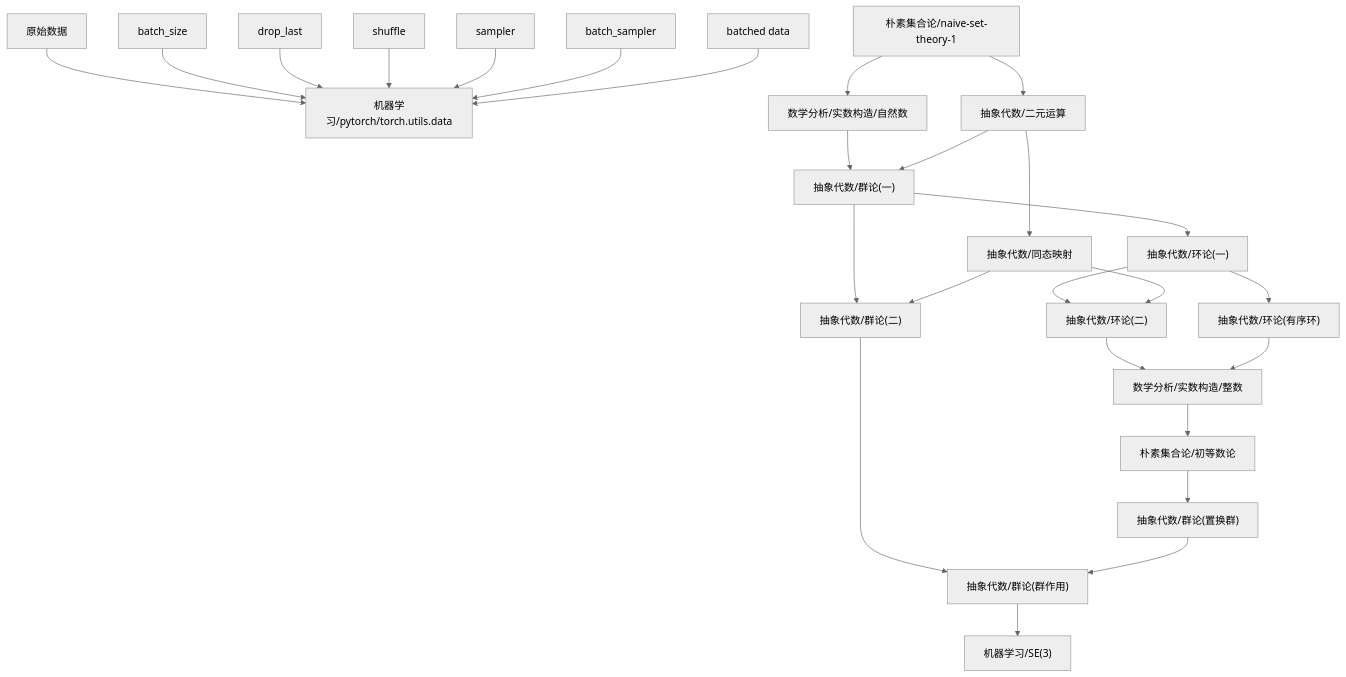
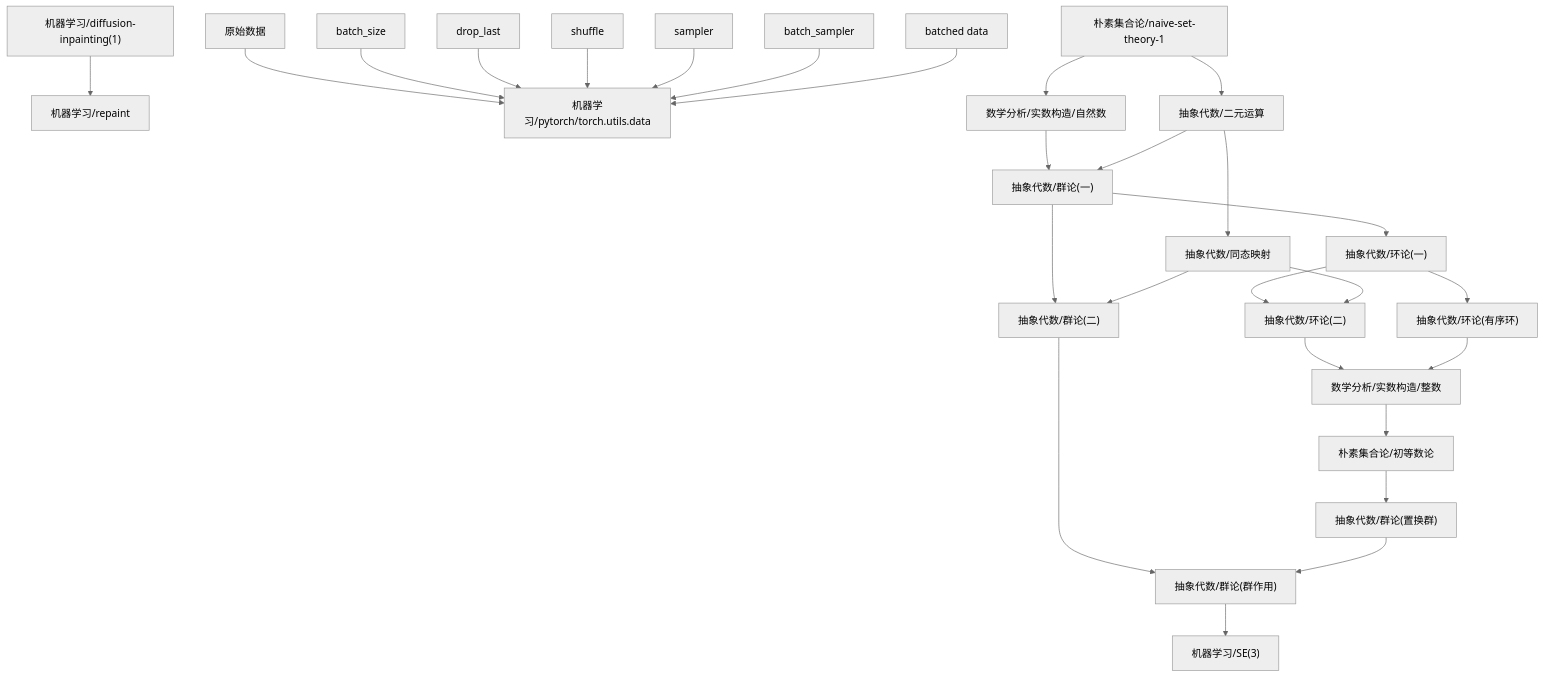
Before and after one commit to zeroDtree/zeroDtree.github.io: the diagram in content/机器学习/dependency_graph.md, drawn with Mermaid (neutral theme). The commit also changed 5 other files, not shown here.

Commit message:
Update workspace.json to reflect changes in tab titles and recent file history, including the addition of "repaint.md" and the removal of "diffusion-inpainting.md". Adjust backlinks section to specify "Backlinks for repaint" for improved clarity and organization.

````diff
--- a/content/机器学习/dependency_graph.md
+++ b/content/机器学习/dependency_graph.md
@@ -1,28 +1,29 @@
 ```mermaid
 graph TD
-1["抽象代数/群论(群作用)"] --> 0["机器学习/SE(3)"]
-4["原始数据"] --> 3["机器学习/pytorch/torch.utils.data"]
-5["batch_size"] --> 3["机器学习/pytorch/torch.utils.data"]
-6["drop_last"] --> 3["机器学习/pytorch/torch.utils.data"]
-7["shuffle"] --> 3["机器学习/pytorch/torch.utils.data"]
-8["sampler"] --> 3["机器学习/pytorch/torch.utils.data"]
-9["batch_sampler"] --> 3["机器学习/pytorch/torch.utils.data"]
-10["batched data"] --> 3["机器学习/pytorch/torch.utils.data"]
-11["抽象代数/群论(二)"] --> 1["抽象代数/群论(群作用)"]
-12["抽象代数/群论(置换群)"] --> 1["抽象代数/群论(群作用)"]
-13["抽象代数/群论(一)"] --> 11["抽象代数/群论(二)"]
-14["抽象代数/同态映射"] --> 11["抽象代数/群论(二)"]
-15["朴素集合论/初等数论"] --> 12["抽象代数/群论(置换群)"]
-16["数学分析/实数构造/整数"] --> 15["朴素集合论/初等数论"]
-17["抽象代数/环论(二)"] --> 16["数学分析/实数构造/整数"]
-18["抽象代数/环论(有序环)"] --> 16["数学分析/实数构造/整数"]
-19["抽象代数/环论(一)"] --> 17["抽象代数/环论(二)"]
-14["抽象代数/同态映射"] --> 17["抽象代数/环论(二)"]
-19["抽象代数/环论(一)"] --> 18["抽象代数/环论(有序环)"]
-13["抽象代数/群论(一)"] --> 19["抽象代数/环论(一)"]
-20["数学分析/实数构造/自然数"] --> 13["抽象代数/群论(一)"]
-21["抽象代数/二元运算"] --> 13["抽象代数/群论(一)"]
-22["朴素集合论/naive-set-theory-1"] --> 20["数学分析/实数构造/自然数"]
-22["朴素集合论/naive-set-theory-1"] --> 21["抽象代数/二元运算"]
-21["抽象代数/二元运算"] --> 14["抽象代数/同态映射"]
+1["机器学习/diffusion-inpainting(1)"] --> 0["机器学习/repaint"]
+3["抽象代数/群论(群作用)"] --> 2["机器学习/SE(3)"]
+6["原始数据"] --> 5["机器学习/pytorch/torch.utils.data"]
+7["batch_size"] --> 5["机器学习/pytorch/torch.utils.data"]
+8["drop_last"] --> 5["机器学习/pytorch/torch.utils.data"]
+9["shuffle"] --> 5["机器学习/pytorch/torch.utils.data"]
+10["sampler"] --> 5["机器学习/pytorch/torch.utils.data"]
+11["batch_sampler"] --> 5["机器学习/pytorch/torch.utils.data"]
+12["batched data"] --> 5["机器学习/pytorch/torch.utils.data"]
+13["抽象代数/群论(二)"] --> 3["抽象代数/群论(群作用)"]
+14["抽象代数/群论(置换群)"] --> 3["抽象代数/群论(群作用)"]
+15["抽象代数/群论(一)"] --> 13["抽象代数/群论(二)"]
+16["抽象代数/同态映射"] --> 13["抽象代数/群论(二)"]
+17["朴素集合论/初等数论"] --> 14["抽象代数/群论(置换群)"]
+18["数学分析/实数构造/整数"] --> 17["朴素集合论/初等数论"]
+19["抽象代数/环论(二)"] --> 18["数学分析/实数构造/整数"]
+20["抽象代数/环论(有序环)"] --> 18["数学分析/实数构造/整数"]
+21["抽象代数/环论(一)"] --> 19["抽象代数/环论(二)"]
+16["抽象代数/同态映射"] --> 19["抽象代数/环论(二)"]
+21["抽象代数/环论(一)"] --> 20["抽象代数/环论(有序环)"]
+15["抽象代数/群论(一)"] --> 21["抽象代数/环论(一)"]
+22["数学分析/实数构造/自然数"] --> 15["抽象代数/群论(一)"]
+23["抽象代数/二元运算"] --> 15["抽象代数/群论(一)"]
+24["朴素集合论/naive-set-theory-1"] --> 22["数学分析/实数构造/自然数"]
+24["朴素集合论/naive-set-theory-1"] --> 23["抽象代数/二元运算"]
+23["抽象代数/二元运算"] --> 16["抽象代数/同态映射"]
 ```
````
